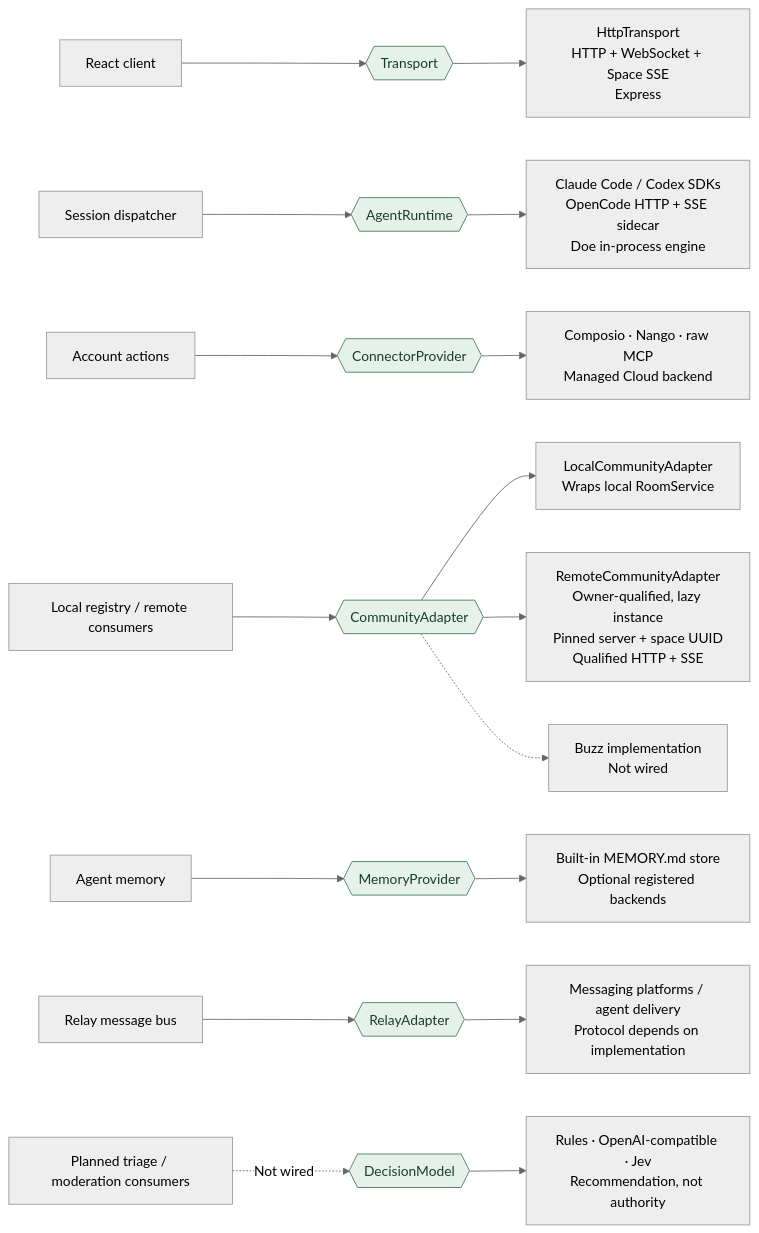
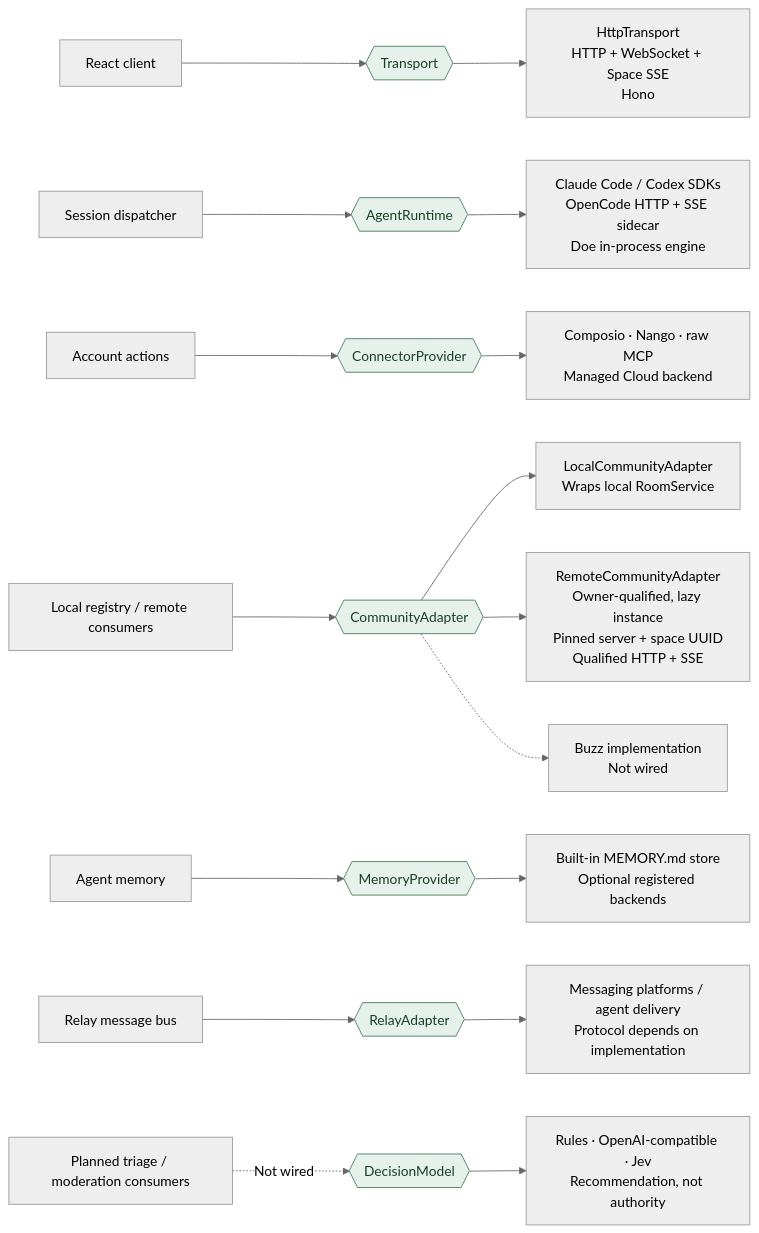
The diagram in contributing/diagrams/architecture/ports.mmd (dork-labs/dorkos), drawn with Mermaid (neutral theme) before and after one commit. The commit also changed 28 other files, not shown here.

```diff
--- a/contributing/diagrams/architecture/ports.mmd
+++ b/contributing/diagrams/architecture/ports.mmd
@@ -1,21 +1,21 @@
 flowchart LR
   accTitle: DorkOS replaceable interfaces
   accDescr: Each row names a caller, its port, and implementations. A port is a code boundary, not necessarily a network boundary. Dashed edges identify the unwired Buzz implementation and planned decision-model consumers; decision bridges themselves exist.
   ui["React client"] --> transport{{"Transport"}}
-  transport --> http["HttpTransport<br/>HTTP + WebSocket + Space SSE<br/>Express"]
+  transport --> http["HttpTransport<br/>HTTP + WebSocket + Space SSE<br/>Hono"]
   dispatch["Session dispatcher"] --> agent{{"AgentRuntime"}}
   agent --> runtimes["Claude Code / Codex SDKs<br/>OpenCode HTTP + SSE sidecar<br/>Doe in-process engine"]
   accounts["Account actions"] --> connector{{"ConnectorProvider"}}
   connector --> backends["Composio · Nango · raw MCP<br/>Managed Cloud backend"]
   rooms["Local registry / remote consumers"] --> community{{"CommunityAdapter"}}
   community --> local["LocalCommunityAdapter<br/>Wraps local RoomService"]
   community --> remote["RemoteCommunityAdapter<br/>Owner-qualified, lazy instance<br/>Pinned server + space UUID<br/>Qualified HTTP + SSE"]
   community -.-> buzz["Buzz implementation<br/>Not wired"]
   notes["Agent memory"] --> memory{{"MemoryProvider"}}
   memory --> files["Built-in MEMORY.md store<br/>Optional registered backends"]
   relay["Relay message bus"] --> messaging{{"RelayAdapter"}}
   messaging --> channels["Messaging platforms / agent delivery<br/>Protocol depends on implementation"]
   future["Planned triage / moderation consumers"] -.->|"Not wired"| decision{{"DecisionModel"}}
   decision --> bridges["Rules · OpenAI-compatible · Jev<br/>Recommendation, not authority"]
   classDef port fill:#e7f1eb,stroke:#427a55,color:#183f26
   class transport,agent,connector,community,memory,messaging,decision port
```
